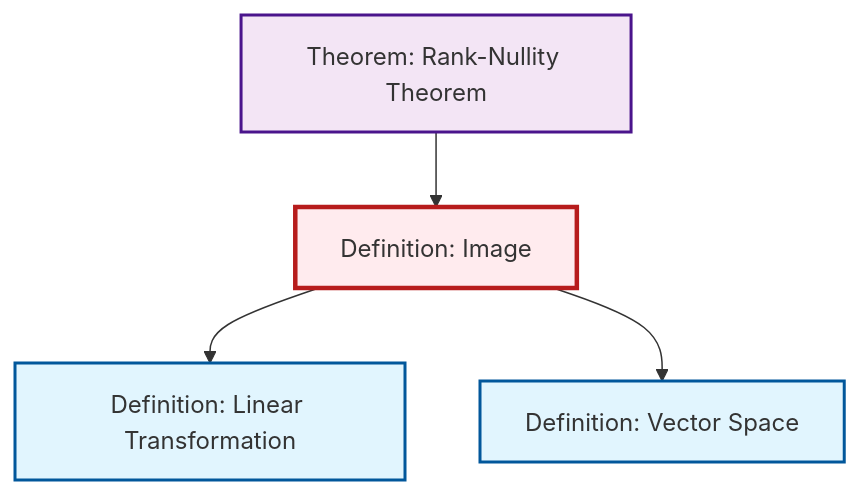
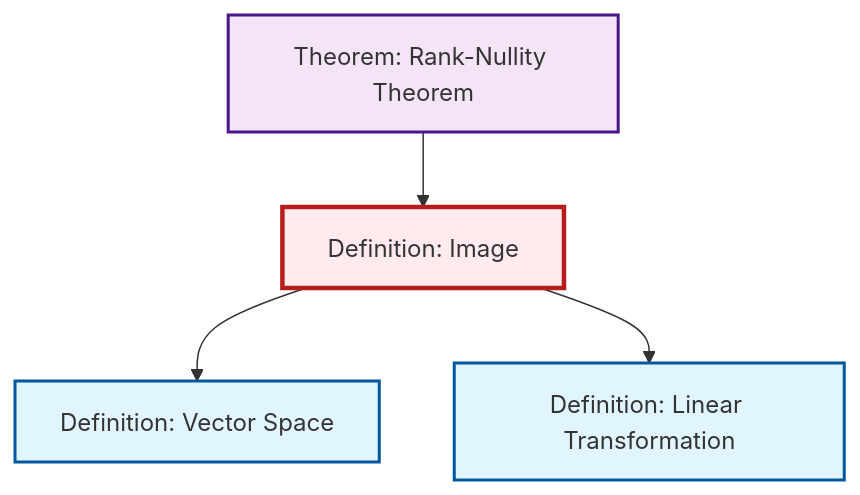
Before and after one commit to RK0429/ModernMath: the diagram in content/en/algebra/def-image.qmd, drawn with Mermaid. The commit also changed other lines of this file and 203 other files, not shown here.

````diff
--- a/content/en/algebra/def-image.qmd
+++ b/content/en/algebra/def-image.qmd
@@ -51,21 +51,17 @@
 ```{mermaid}
 %%| fig-cap: "Local dependency graph"
 graph TD
     classDef definition fill:#e1f5fe,stroke:#01579b,stroke-width:2px
     classDef theorem fill:#f3e5f5,stroke:#4a148c,stroke-width:2px
     classDef axiom fill:#fff3e0,stroke:#e65100,stroke-width:2px
     classDef example fill:#e8f5e9,stroke:#1b5e20,stroke-width:2px
     classDef current fill:#ffebee,stroke:#b71c1c,stroke-width:3px
+    def-linear-transformation["Definition: Linear Transformation"]:::definition
+    def-image["Definition: Image"]:::definition
     def-vector-space["Definition: Vector Space"]:::definition
-    def-image["Definition: Image"]:::definition
     thm-rank-nullity["Theorem: Rank-Nullity Theorem"]:::theorem
-    def-linear-transformation["Definition: Linear Transformation"]:::definition
+    def-image --> def-vector-space
     def-image --> def-linear-transformation
-    def-image --> def-vector-space
     thm-rank-nullity --> def-image
     class def-image current
-
-    click def-vector-space "def-vector-space.html" "Go to Vector Space definition"
-    click thm-rank-nullity "thm-rank-nullity.html" "Go to Rank-Nullity Theorem theorem"
-    click def-linear-transformation "def-linear-transformation.html" "Go to Linear Transformation definition"
 ```
````
